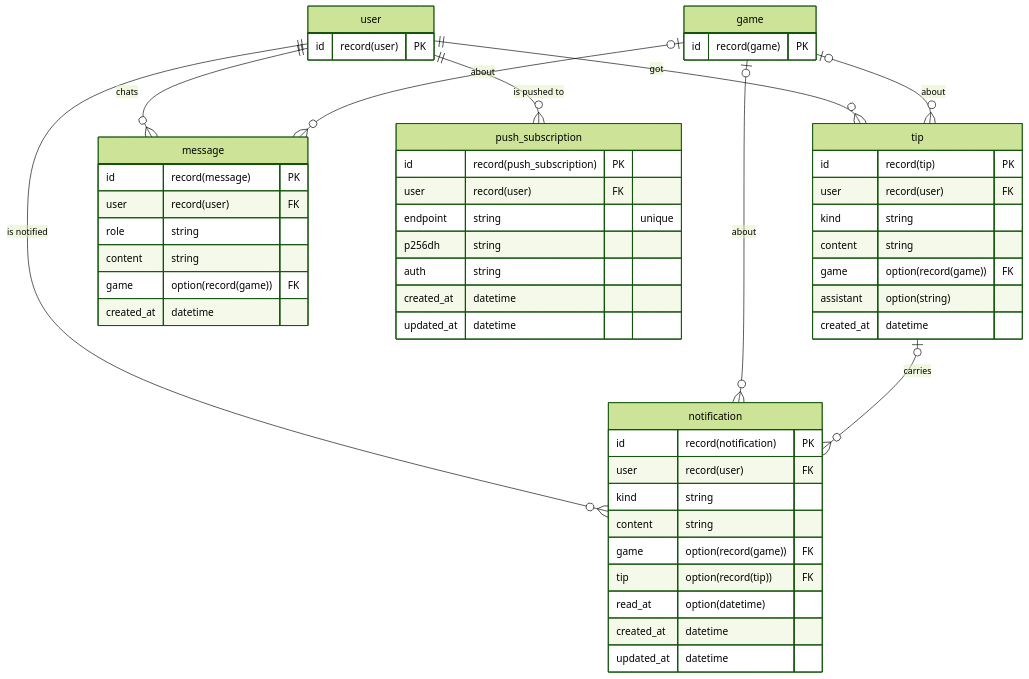
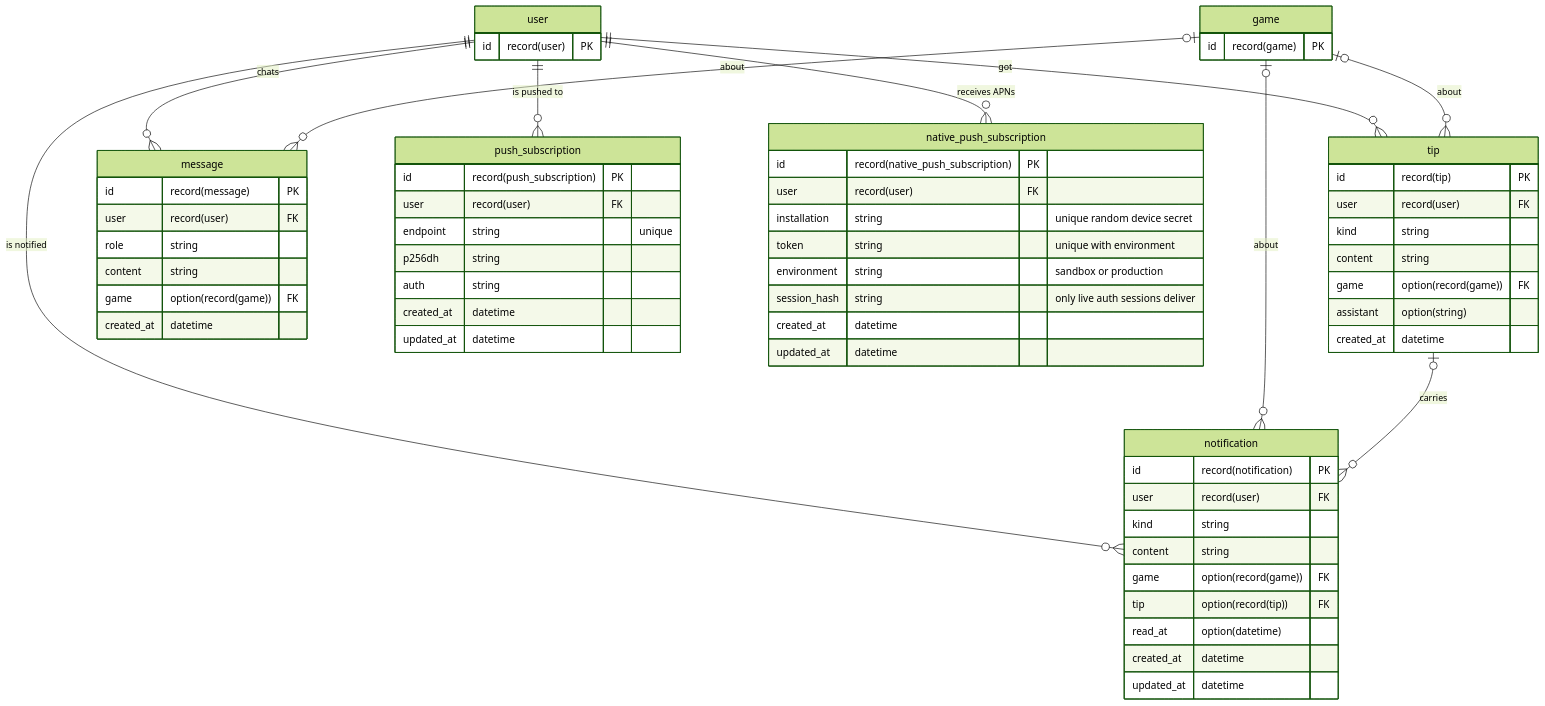
Before and after one commit to renatoaug/platjourney: the third of 5 diagrams in docs/design/04-database.md, drawn with Mermaid (forest theme). The commit also changed other lines of this file and 47 other files, not shown here.

````diff
--- a/docs/design/04-database.md
+++ b/docs/design/04-database.md
@@ -192,54 +192,65 @@
 ```mermaid
 erDiagram
     user ||--o{ tip : "got"
     game |o--o{ tip : "about"
     user ||--o{ message : "chats"
     game |o--o{ message : "about"
     user ||--o{ notification : "is notified"
     game |o--o{ notification : "about"
     tip |o--o{ notification : "carries"
     user ||--o{ push_subscription : "is pushed to"
+    user ||--o{ native_push_subscription : "receives APNs"
+    native_push_subscription {
+        id record(native_push_subscription) PK
+        user record(user) FK
+        installation string "unique random device secret"
+        token string "unique with environment"
+        environment string "sandbox or production"
+        session_hash string "only live auth sessions deliver"
+        created_at datetime
+        updated_at datetime
+    }
     tip {
         id record(tip) PK
         user record(user) FK
         kind string
         content string
         game option(record(game)) FK
         assistant option(string)
         created_at datetime
     }
     message {
         id record(message) PK
         user record(user) FK
         role string
         content string
         game option(record(game)) FK
         created_at datetime
     }
     notification {
         id record(notification) PK
         user record(user) FK
         kind string
         content string
         game option(record(game)) FK
         tip option(record(tip)) FK
         read_at option(datetime)
         created_at datetime
         updated_at datetime
     }
     push_subscription {
         id record(push_subscription) PK
         user record(user) FK
         endpoint string "unique"
         p256dh string
         auth string
         created_at datetime
         updated_at datetime
     }
     user {
         id record(user) PK
     }
     game {
         id record(game) PK
     }
 ```
````
